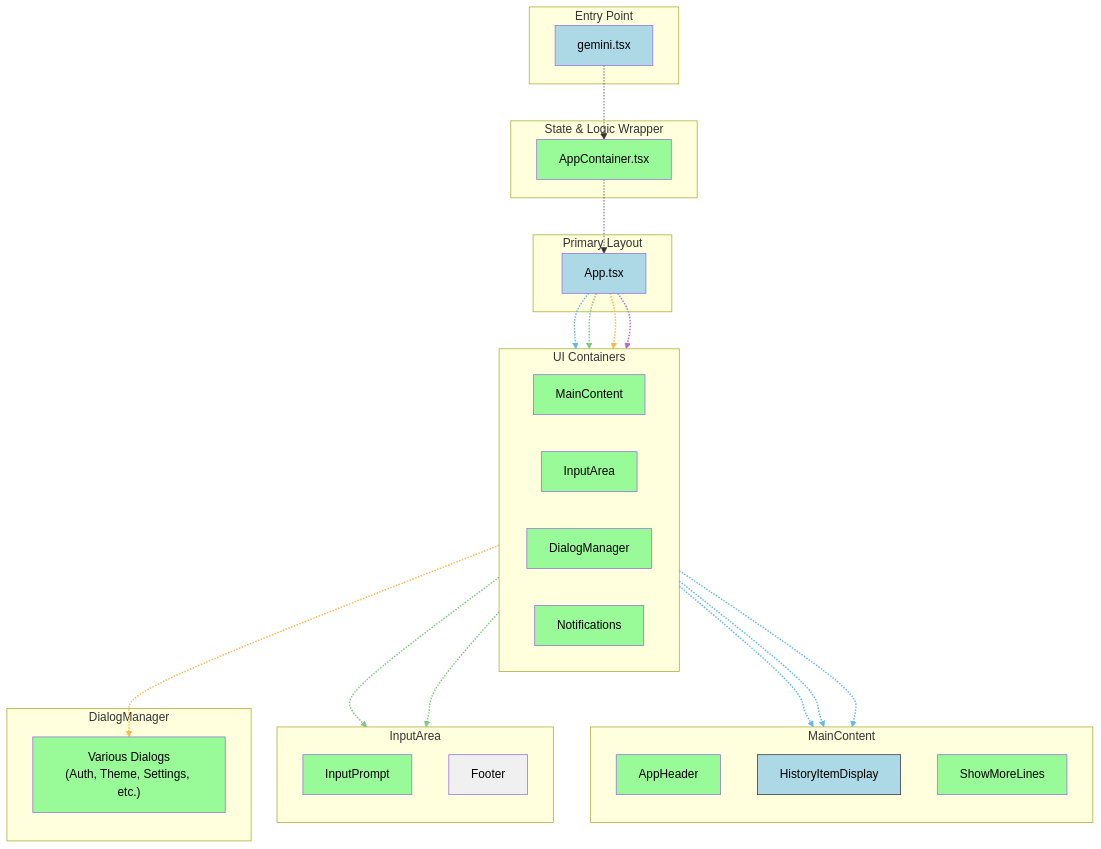
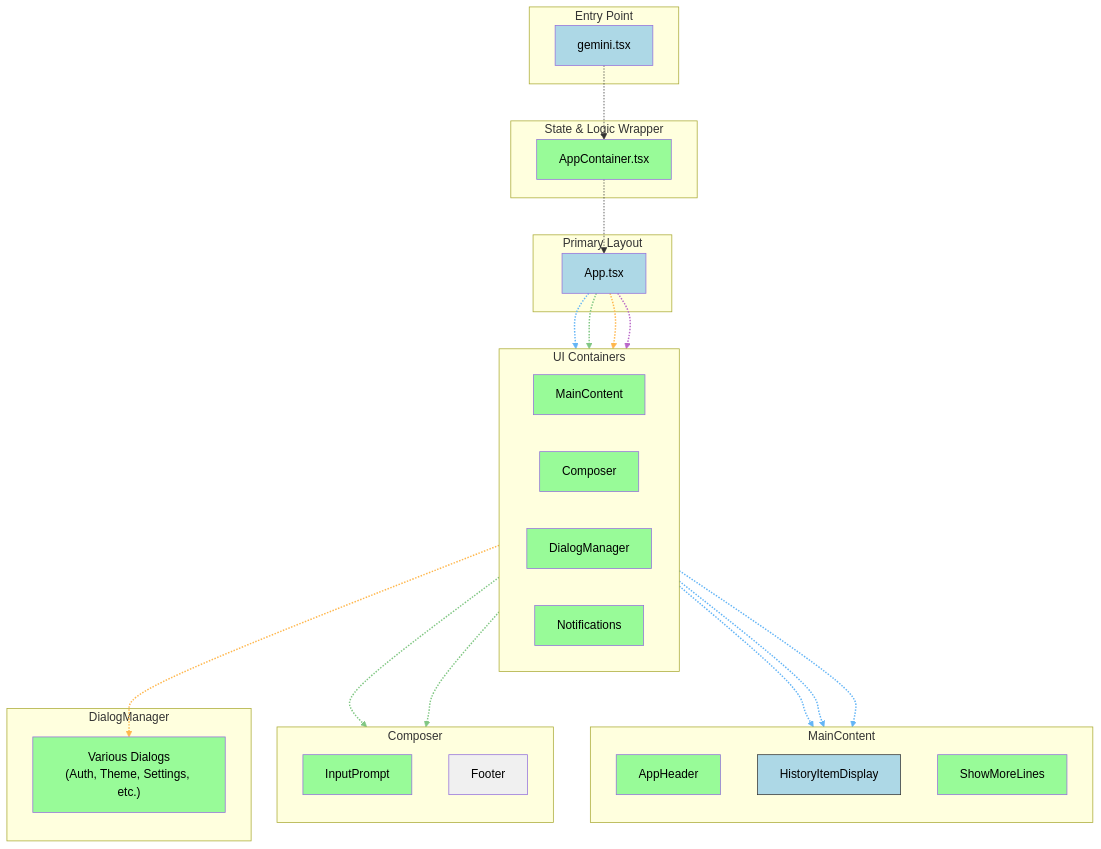
The diagram in docs/mermaid/render-path.mmd (google-gemini/gemini-cli), drawn with Mermaid before and after one commit. The commit also changed 3 other files, not shown here.

Commit message:
refactor: rename InputArea to Composer

```diff
--- a/docs/mermaid/render-path.mmd
+++ b/docs/mermaid/render-path.mmd
@@ -1,63 +1,63 @@
 graph TD
     %% --- Style Definitions ---
     classDef new fill:#98fb98,color:#000
     classDef changed fill:#add8e6,color:#000
     classDef unchanged fill:#f0f0f0,color:#000
     classDef dispatcher fill:#f9e79f,color:#000,stroke:#333,stroke-width:1px
     classDef container fill:#f5f5f5,color:#000,stroke:#ccc
 
     %% --- Component Tree ---
     subgraph "Entry Point"
       A["gemini.tsx"]
     end
 
     subgraph "State & Logic Wrapper"
       B["AppContainer.tsx"]
     end
 
     subgraph "Primary Layout"
       C["App.tsx"]
     end
 
     A -.-> B
     B -.-> C
 
     subgraph "UI Containers"
         direction LR
         C -.-> D["MainContent"]
-        C -.-> G["InputArea"]
+        C -.-> G["Composer"]
         C -.-> F["DialogManager"]
         C -.-> E["Notifications"]
     end
 
     subgraph "MainContent"
         direction TB
         D -.-> H["AppHeader"]
         D -.-> I["HistoryItemDisplay"]:::dispatcher
         D -.-> L["ShowMoreLines"]
     end
 
-    subgraph "InputArea"
+    subgraph "Composer"
         direction TB
         G -.-> K_Prompt["InputPrompt"]
         G -.-> K_Footer["Footer"]
     end
 
     subgraph "DialogManager"
         F -.-> J["Various Dialogs<br>(Auth, Theme, Settings, etc.)"]
     end
 
     %% --- Apply Styles ---
     class B,D,E,F,G,H,J,K_Prompt,L new
     class A,C,I changed
     class K_Footer unchanged
 
     %% --- Link Styles ---
     %% MainContent Branch (Blue)
     linkStyle 2,6,7,8 stroke:#64b5f6,stroke-width:2px
-    %% InputArea Branch (Green)
+    %% Composer Branch (Green)
     linkStyle 3,9,10 stroke:#81c784,stroke-width:2px
     %% DialogManager Branch (Orange)
     linkStyle 4,11 stroke:#ffb74d,stroke-width:2px
     %% Notifications Branch (Violet)
     linkStyle 5 stroke:#ba68c8,stroke-width:2px
```
